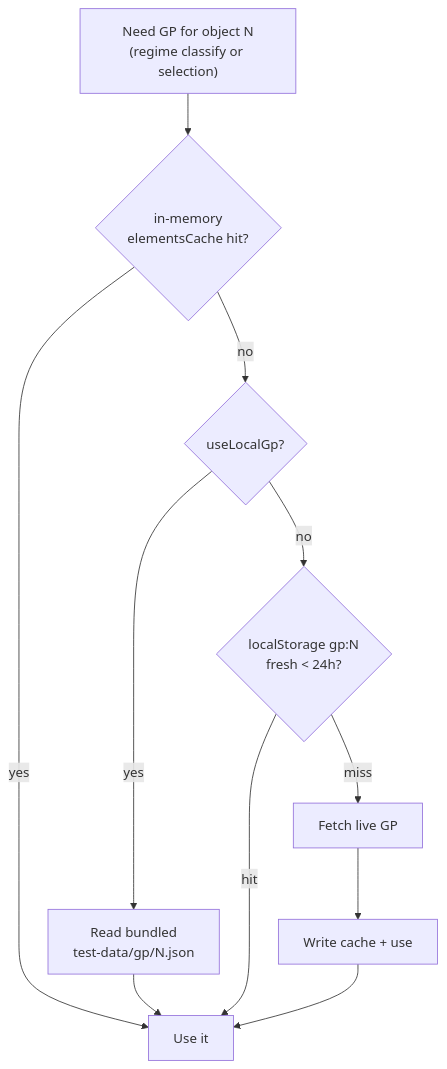
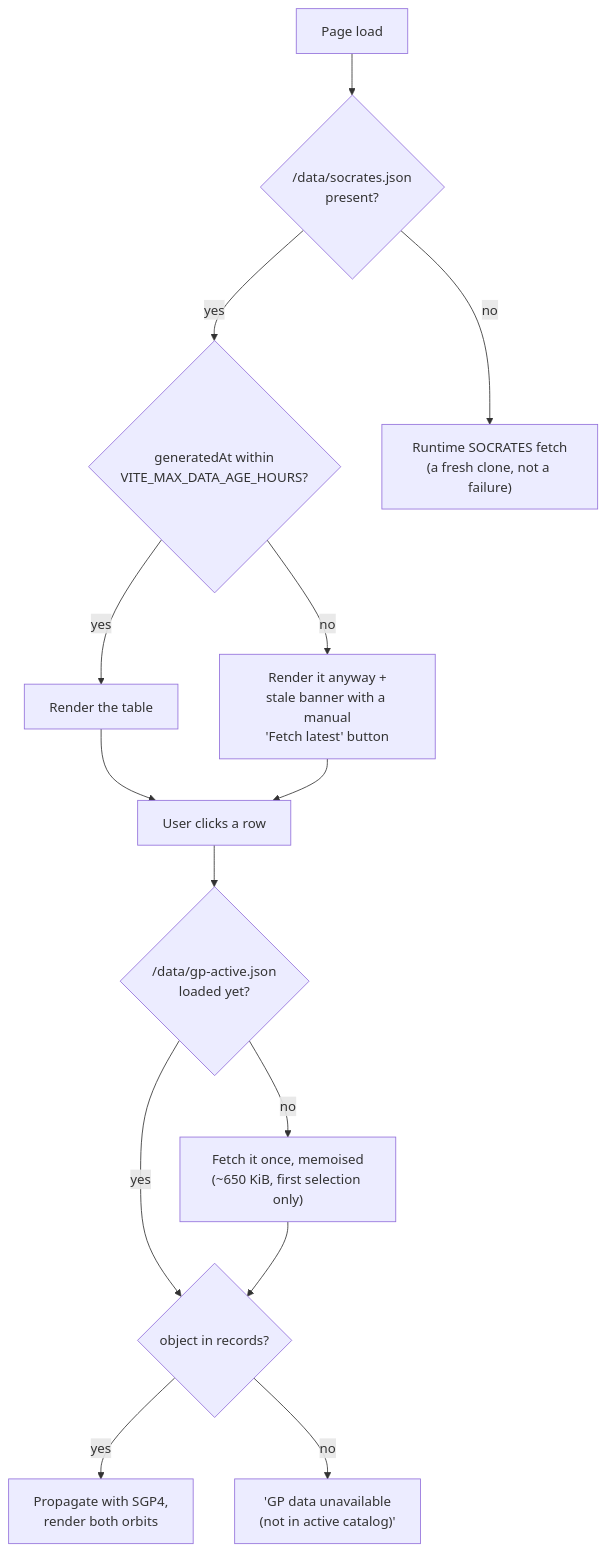
One commit to Beak-man/GRAZE changed the diagram in docs/data-flow.md. Above: the diagram before and after it, drawn with Mermaid. The commit also changed other lines of this file and 4 other files, not shown here.

First line of the commit message:
Rewrite the data-flow docs around the baked pipeline

````diff
--- a/docs/data-flow.md
+++ b/docs/data-flow.md
@@ -78,12 +28,16 @@
 ```mermaid
 flowchart TD
-  A["Need GP for object N<br/>(regime classify or selection)"] --> M{"in-memory<br/>elementsCache hit?"}
-  M -- yes --> Z["Use it"]
-  M -- no --> B{"useLocalGp?"}
-  B -- yes --> L["Read bundled<br/>test-data/gp/N.json"]
-  B -- no --> C{"localStorage gp:N<br/>fresh &lt; 24h?"}
-  C -- hit --> Z
-  C -- miss --> E["Fetch live GP"] --> F["Write cache + use"]
-  L --> Z
-  F --> Z
+  A["Page load"] --> B{"/data/socrates.json<br/>present?"}
+  B -- yes --> C{"generatedAt within<br/>VITE_MAX_DATA_AGE_HOURS?"}
+  C -- yes --> D["Render the table"]
+  C -- no --> E["Render it anyway +<br/>stale banner with a manual<br/>'Fetch latest' button"]
+  B -- no --> F["Runtime SOCRATES fetch<br/>(a fresh clone, not a failure)"]
+  D --> G["User clicks a row"]
+  E --> G
+  G --> H{"/data/gp-active.json<br/>loaded yet?"}
+  H -- no --> I["Fetch it once, memoised<br/>(~650 KiB, first selection only)"]
+  H -- yes --> J{"object in records?"}
+  I --> J
+  J -- yes --> K["Propagate with SGP4,<br/>render both orbits"]
+  J -- no --> L["'GP data unavailable<br/>(not in active catalog)'"]
 ```
````
